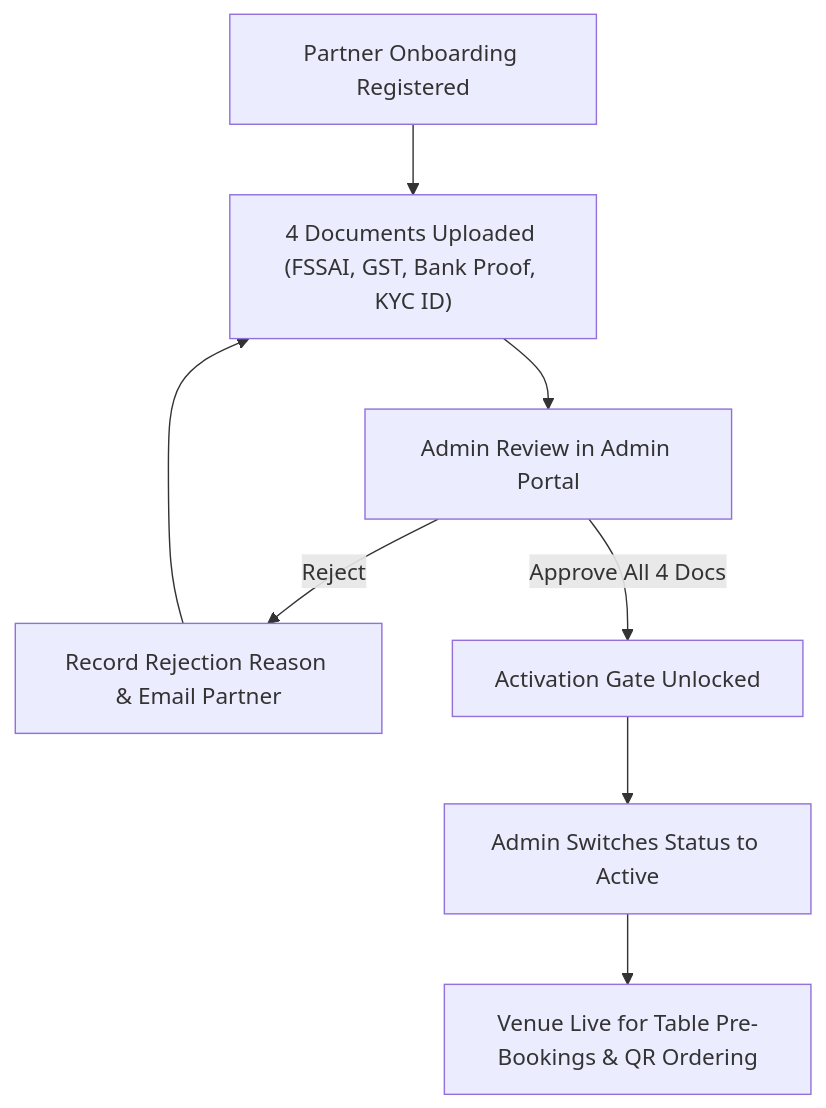
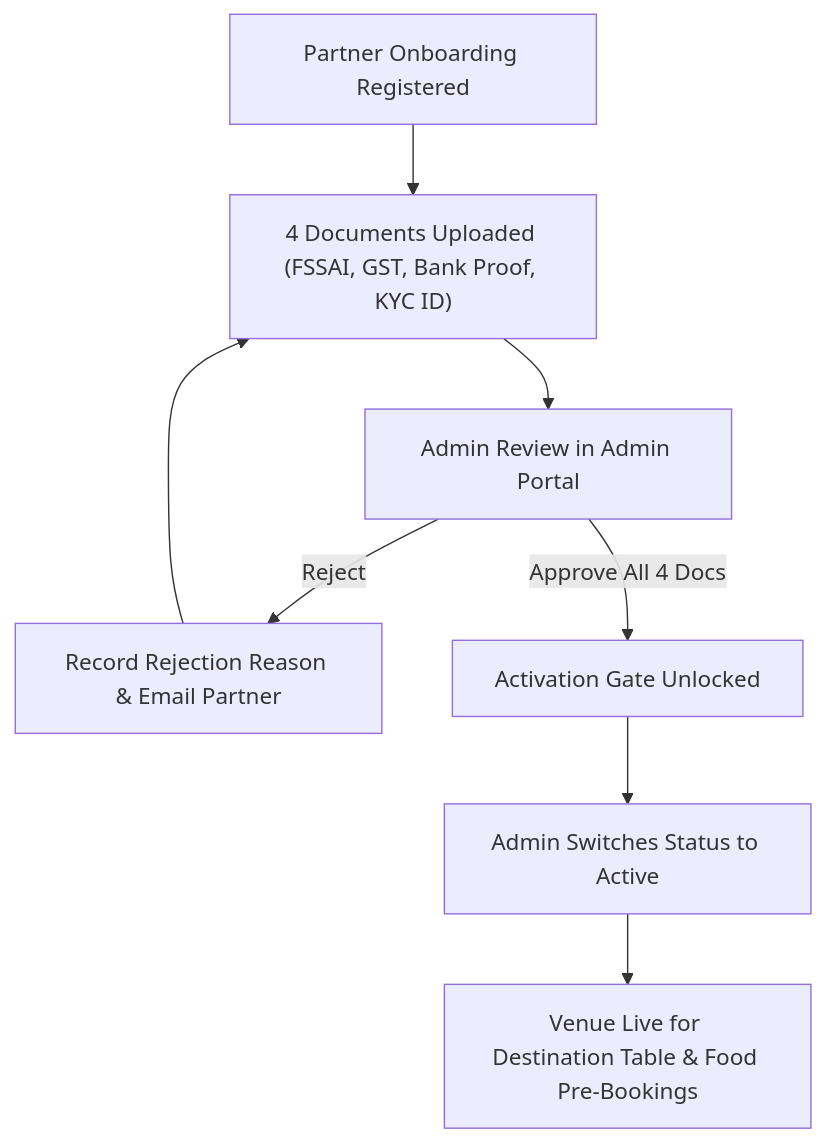
The second of 5 diagrams in docs/er-diagram.md (SidharthT-TechExpert/RWB_Project), drawn with Mermaid before and after one commit. The commit also changed other lines of this file, not shown here.

Commit message:
fix(mermaid): remove semicolon and invalid syntax breaking GitHub preview

````diff
--- a/docs/er-diagram.md
+++ b/docs/er-diagram.md
@@ -243,10 +243,10 @@
 ```mermaid
 flowchart TD
     A["Partner Onboarding Registered"] --> B["4 Documents Uploaded (FSSAI, GST, Bank Proof, KYC ID)"]
     B --> C["Admin Review in Admin Portal"]
     C -->|Reject| D["Record Rejection Reason & Email Partner"]
     D --> B
     C -->|Approve All 4 Docs| E["Activation Gate Unlocked"]
     E --> F["Admin Switches Status to Active"]
-    F --> G["Venue Live for Table Pre-Bookings & QR Ordering"]
+    F --> G["Venue Live for Destination Table & Food Pre-Bookings"]
 ```
````
